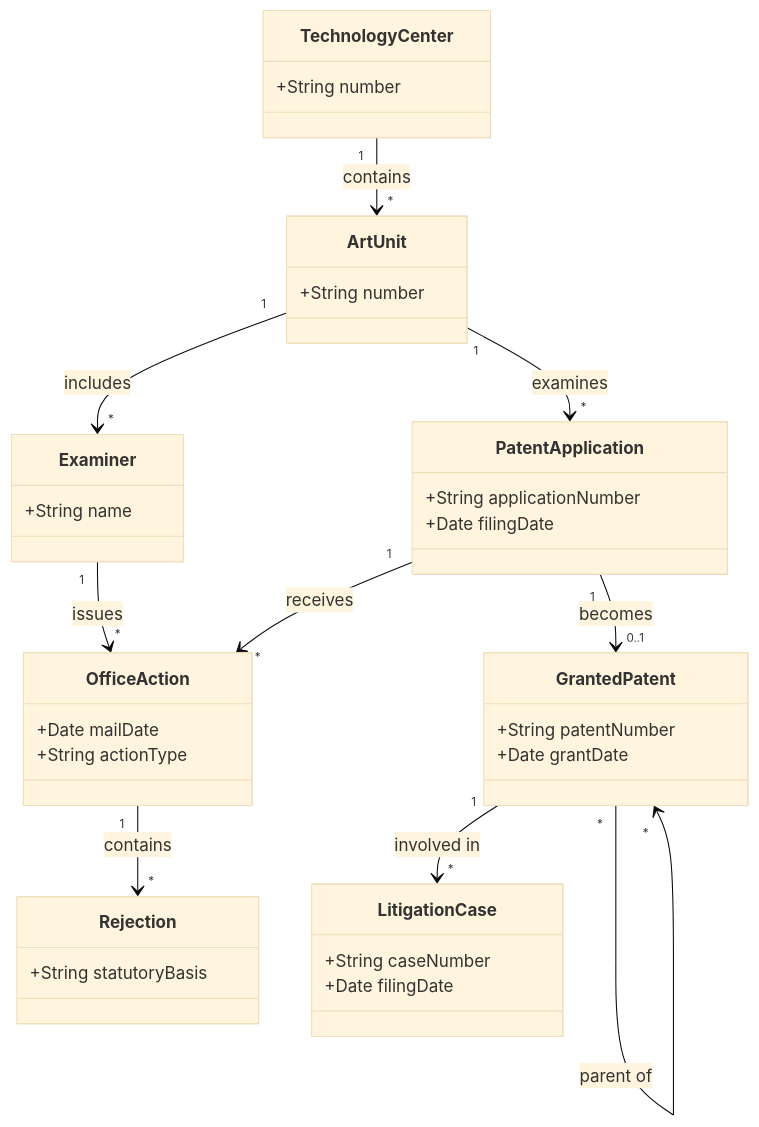
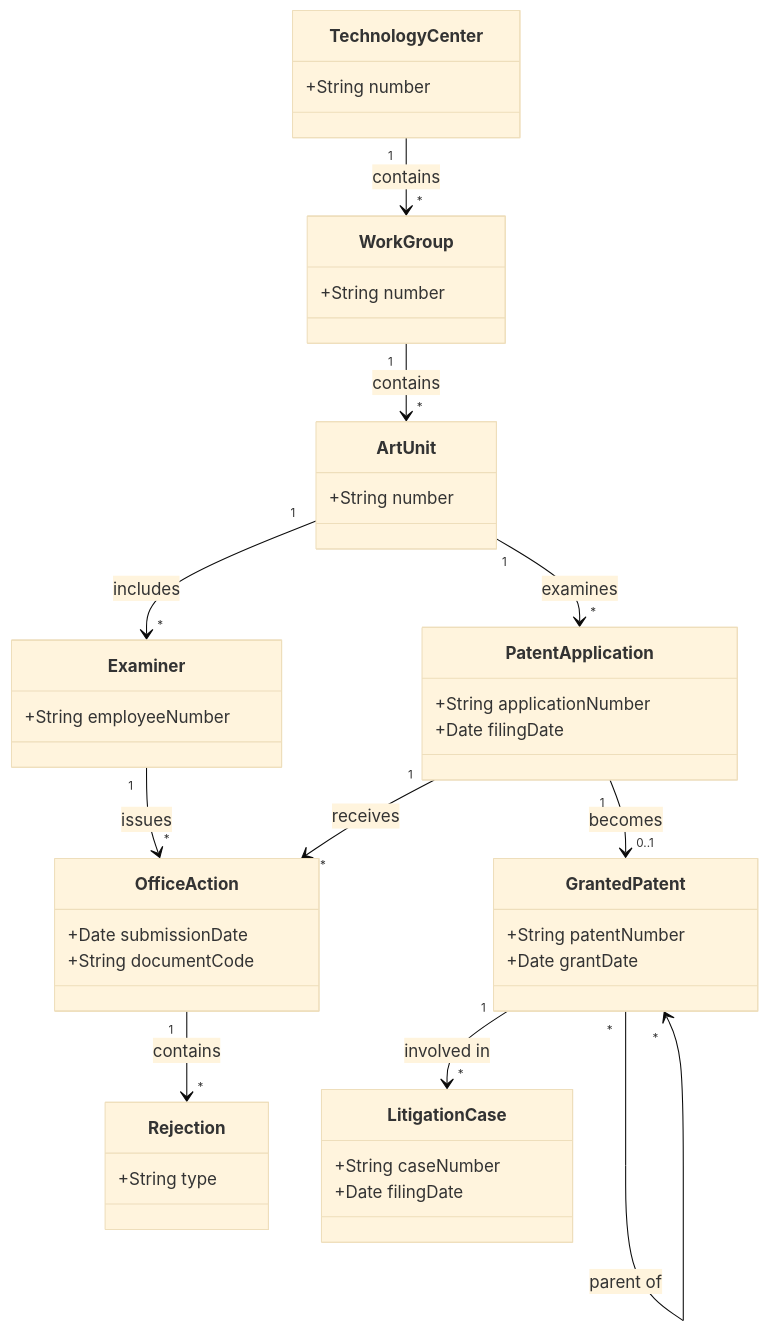
One commit to PathNotFound404/cosc-40943-team-06-USPTO changed the diagram in docs/requirements/software-requirements-specification.md. Above: the diagram before and after it, drawn with Mermaid (base theme). The commit also changed other lines of this file and 8 other files, not shown here.

First line of the commit message:
Fill charter, traceability, and remaining SRS gaps (#27)

````diff
--- a/docs/requirements/software-requirements-specification.md
+++ b/docs/requirements/software-requirements-specification.md
@@ -241,40 +249,44 @@
 ```mermaid
 classDiagram
   class TechnologyCenter {
+    +String number
+  }
+  class WorkGroup {
     +String number
   }
   class ArtUnit {
     +String number
   }
   class Examiner {
-    +String name
+    +String employeeNumber
   }
   class PatentApplication {
     +String applicationNumber
     +Date filingDate
   }
   class OfficeAction {
-    +Date mailDate
-    +String actionType
+    +Date submissionDate
+    +String documentCode
   }
   class Rejection {
-    +String statutoryBasis
+    +String type
   }
   class GrantedPatent {
     +String patentNumber
     +Date grantDate
   }
   class LitigationCase {
     +String caseNumber
     +Date filingDate
   }
-  TechnologyCenter "1" --> "*" ArtUnit : contains
+  TechnologyCenter "1" --> "*" WorkGroup : contains
+  WorkGroup "1" --> "*" ArtUnit : contains
   ArtUnit "1" --> "*" Examiner : includes
   ArtUnit "1" --> "*" PatentApplication : examines
   Examiner "1" --> "*" OfficeAction : issues
   PatentApplication "1" --> "*" OfficeAction : receives
   OfficeAction "1" --> "*" Rejection : contains
   PatentApplication "1" --> "0..1" GrantedPatent : becomes
   GrantedPatent "1" --> "*" LitigationCase : involved in
   GrantedPatent "*" --> "*" GrantedPatent : parent of
 ```
````
